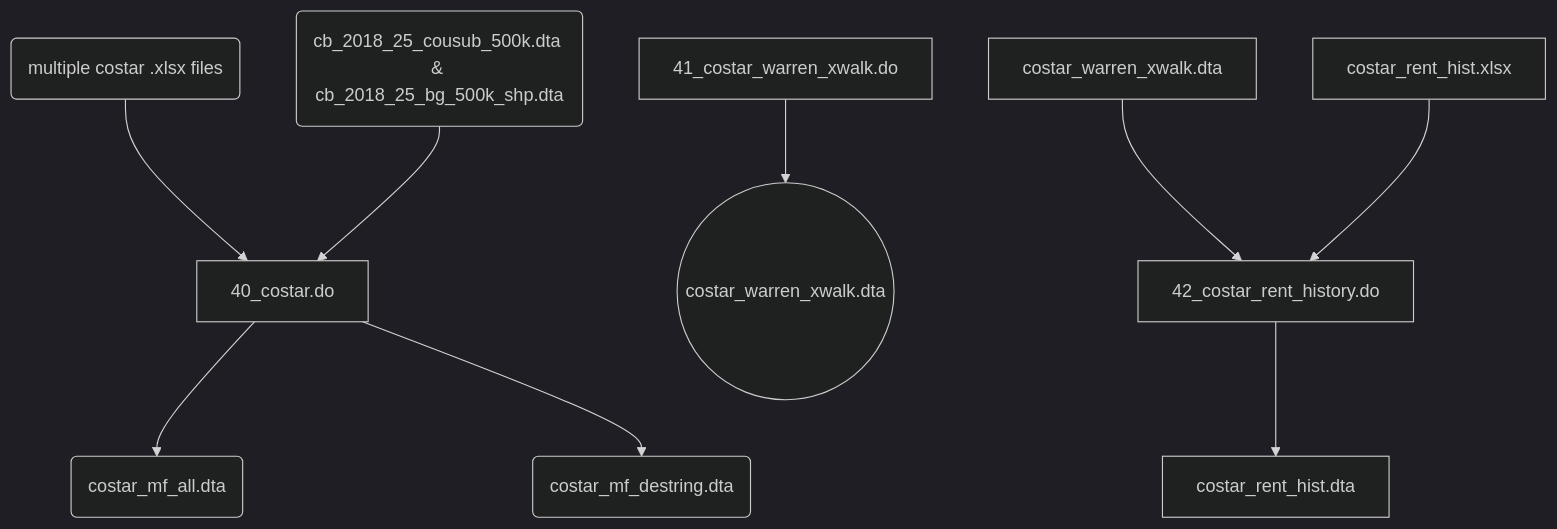
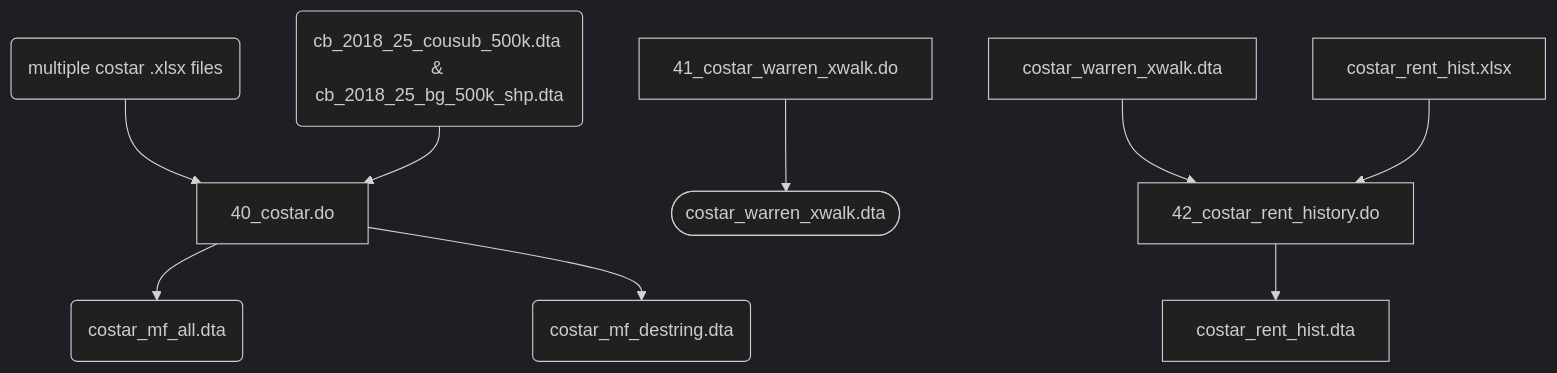
One commit to nchiumenti/boston_zoning changed the fifth of 8 diagrams in code/data_setup/README.md. Above: the diagram before and after it, drawn with Mermaid (dark theme).

````diff
--- a/code/data_setup/README.md
+++ b/code/data_setup/README.md
@@ -109,12 +109,12 @@
 ```mermaid
 flowchart TD
     A(multiple costar .xlsx files)
     B(cb_2018_25_cousub_500k.dta & cb_2018_25_bg_500k_shp.dta)
     E[40_costar.do]
     C(costar_mf_all.dta)
     D(costar_mf_destring.dta)
 
 A & B --> E --> C & D
-id1[41_costar_warren_xwalk.do] --> id2((costar_warren_xwalk.dta))
+id1[41_costar_warren_xwalk.do] --> id2([costar_warren_xwalk.dta])
 costar_warren_xwalk.dta & costar_rent_hist.xlsx --> 42_costar_rent_history.do --> costar_rent_hist.dta
 ```
````
